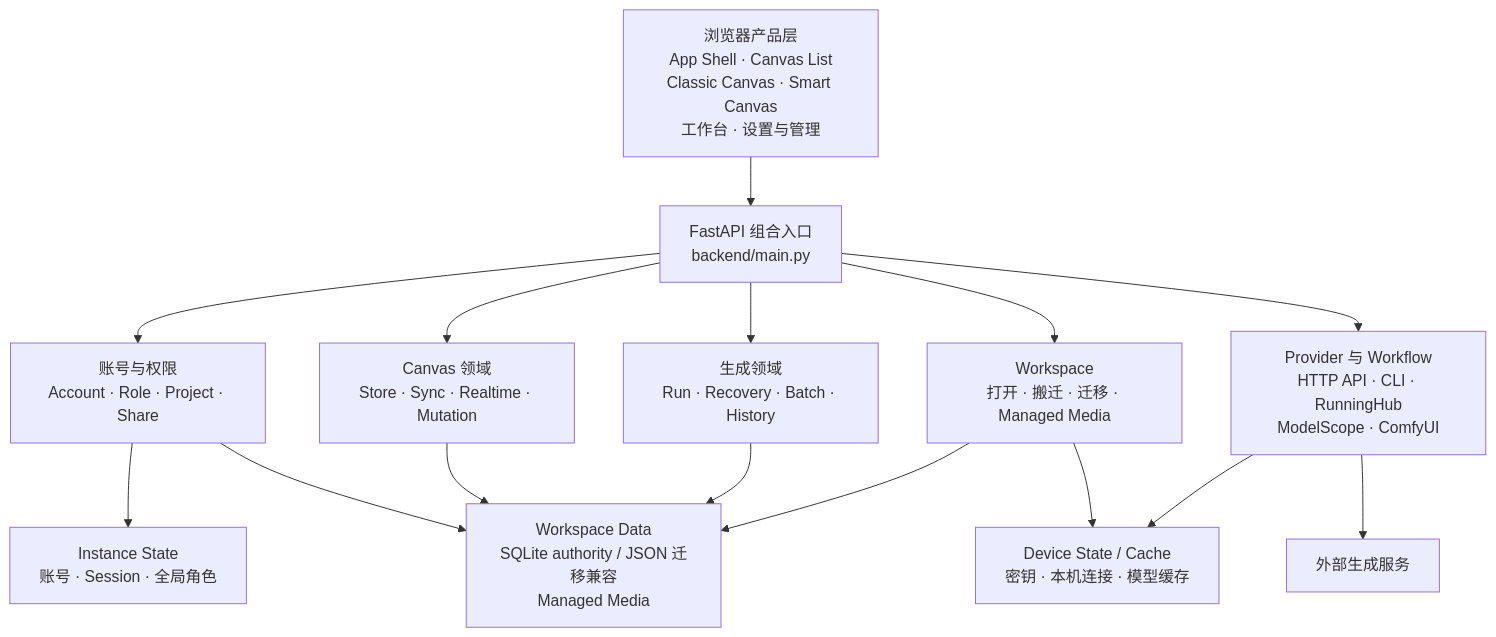
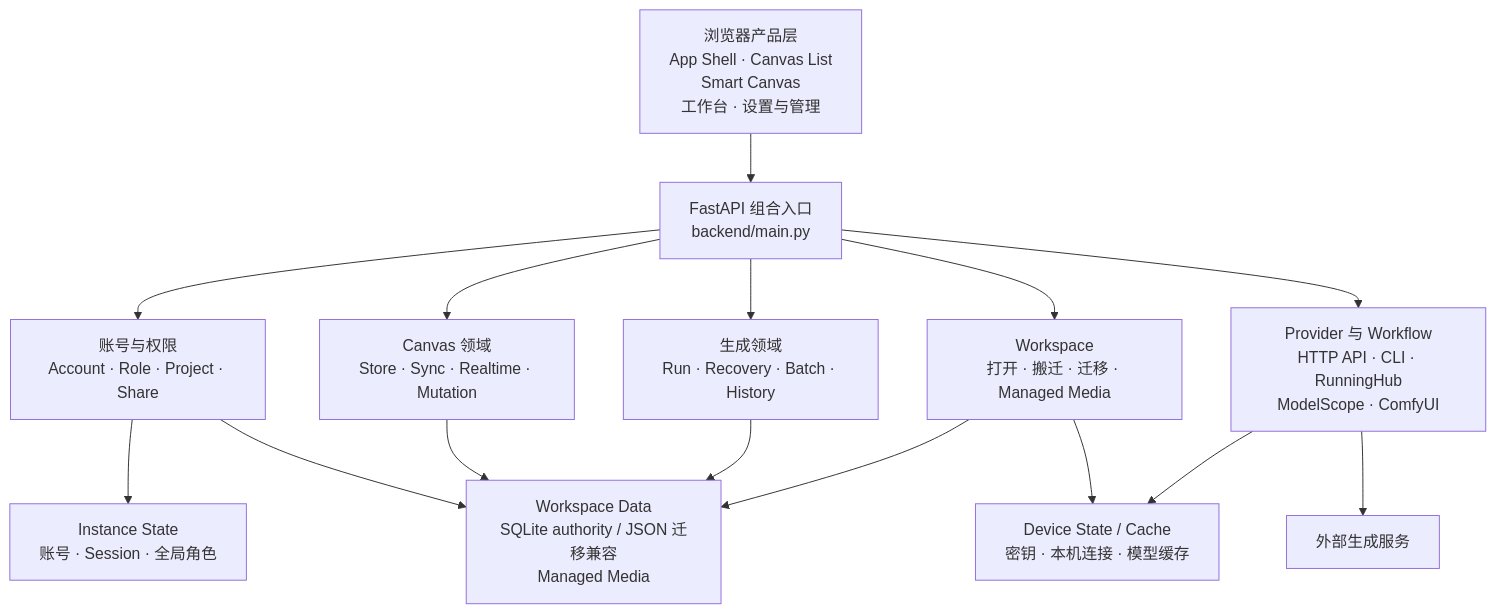
Before and after one commit to lazyq666/reroll-ai-canvas: the first of 2 diagrams in docs/PROJECT-MAP.md, drawn with Mermaid. The commit also changed other lines of this file and 56 other files, not shown here.

Commit message:
feat: retire classic canvas

````diff
--- a/docs/PROJECT-MAP.md
+++ b/docs/PROJECT-MAP.md
@@ -46,29 +46,29 @@
 ```mermaid
 flowchart TB
-    UI["浏览器产品层<br/>App Shell · Canvas List<br/>Classic Canvas · Smart Canvas<br/>工作台 · 设置与管理"]
+    UI["浏览器产品层<br/>App Shell · Canvas List<br/>Smart Canvas<br/>工作台 · 设置与管理"]
     API["FastAPI 组合入口<br/>backend/main.py"]
     AUTH["账号与权限<br/>Account · Role · Project · Share"]
     CANVAS["Canvas 领域<br/>Store · Sync · Realtime · Mutation"]
     GEN["生成领域<br/>Run · Recovery · Batch · History"]
     WORKSPACE["Workspace<br/>打开 · 搬迁 · 迁移 · Managed Media"]
     PROVIDER["Provider 与 Workflow<br/>HTTP API · CLI · RunningHub<br/>ModelScope · ComfyUI"]
     INSTANCE["Instance State<br/>账号 · Session · 全局角色"]
     CONTENT["Workspace Data<br/>SQLite authority / JSON 迁移兼容<br/>Managed Media"]
     DEVICE["Device State / Cache<br/>密钥 · 本机连接 · 模型缓存"]
     EXTERNAL["外部生成服务"]
 
     UI --> API
     API --> AUTH
     API --> CANVAS
     API --> GEN
     API --> WORKSPACE
     API --> PROVIDER
     AUTH --> INSTANCE
     AUTH --> CONTENT
     CANVAS --> CONTENT
     GEN --> CONTENT
     WORKSPACE --> CONTENT
     WORKSPACE --> DEVICE
     PROVIDER --> DEVICE
     PROVIDER --> EXTERNAL
 ```
````
